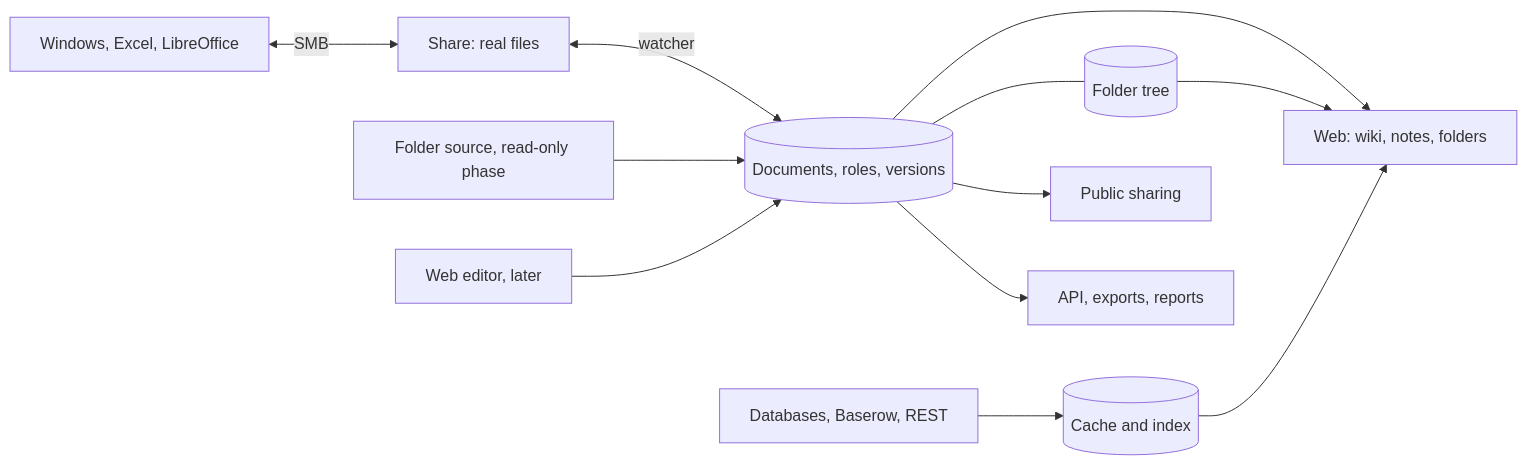
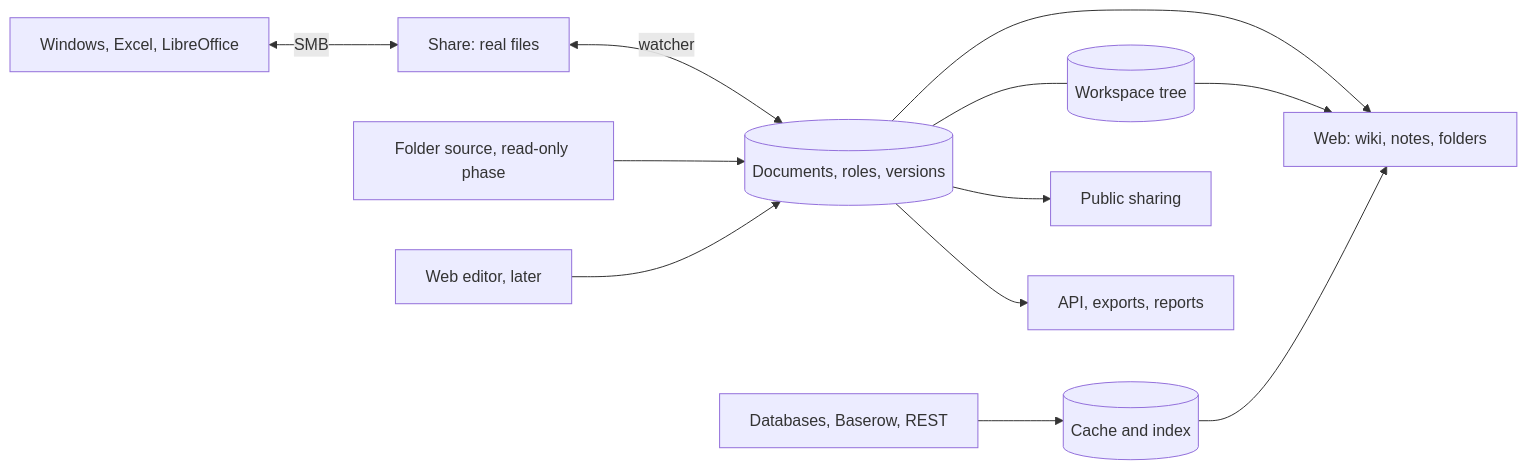
The diagram in docs/concept.md (Ollornog/UnderDoc), drawn with Mermaid before and after one commit. The commit also changed other lines of this file and 20 other files, not shown here.

First line of the commit message:
Plan a workspace of typed documents with three views (#7)

````diff
--- a/docs/concept.md
+++ b/docs/concept.md
@@ -20,14 +21,14 @@
 ```mermaid
 flowchart LR
     win[Windows, Excel, LibreOffice] <-- SMB --> share[Share: real files]
     share <-- watcher --> docs
     folder[Folder source, read-only phase] --> docs
     editor[Web editor, later] --> docs
-    docs[(Documents, roles, versions)] --- tree[(Folder tree)]
+    docs[(Documents, roles, versions)] --- tree[(Workspace tree)]
     ext[Databases, Baserow, REST] --> cache[(Cache and index)]
     docs --> web[Web: wiki, notes, folders]
     tree --> web
     cache --> web
     docs --> public[Public sharing]
     docs --> out[API, exports, reports]
 ```
````
